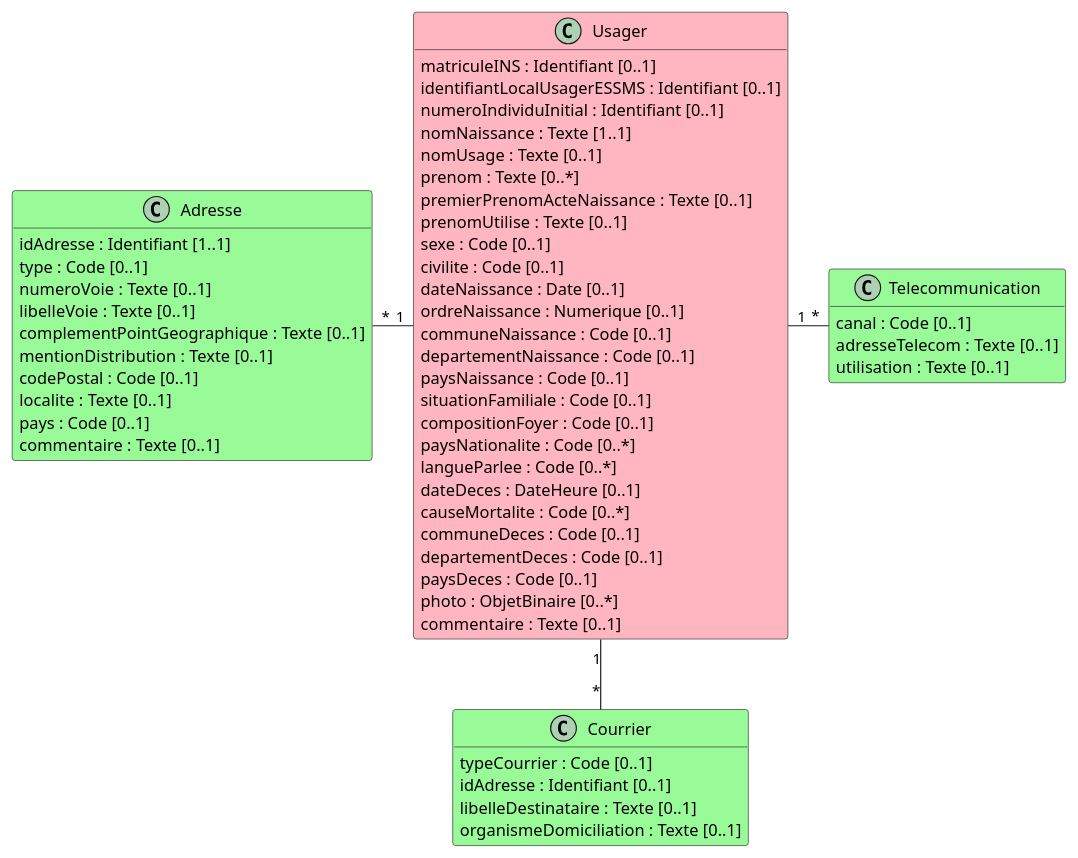
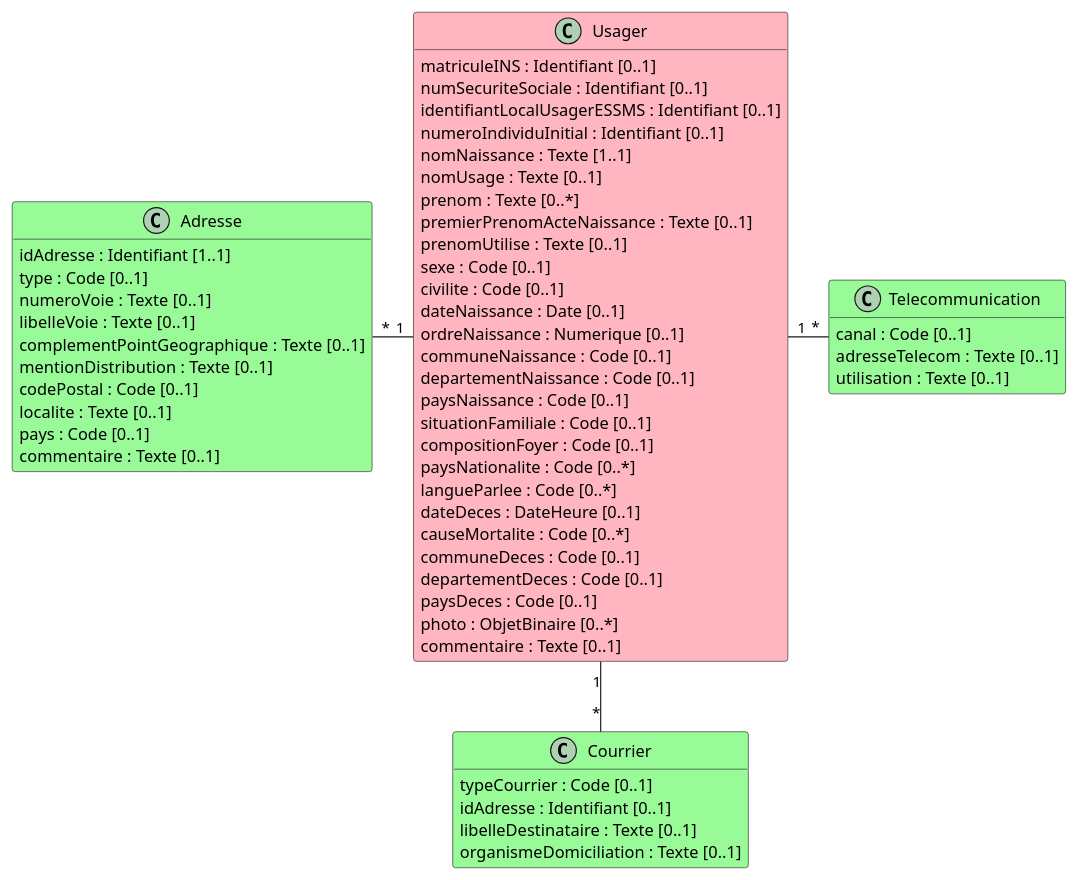
The diagram in input/images-source/bloc_identification_coordonnees.plantuml (ansforge/IG-fhir-transfert-donnees-dui-esms), drawn with PlantUML before and after one commit. The commit also changed 1 other file, not shown here.

Commit message:
SFE - numero sécurité sociale NIR et NIA de l'usager (#245)
* numero secu

* Update sfe_modelisation_contenu.md

* maj NSS

* Update sfe_modelisation_contenu.md

* Update sfe_modelisation_contenu.md

* Update sfe_modelisation_contenu.md

```diff
--- a/input/images-source/bloc_identification_coordonnees.plantuml
+++ b/input/images-source/bloc_identification_coordonnees.plantuml
@@ -1,64 +1,65 @@
 @startuml
 
 hide empty methods
 
 class Usager #LightPink {
     matriculeINS : Identifiant [0..1]
+    numSecuriteSociale : Identifiant [0..1]
     identifiantLocalUsagerESSMS : Identifiant [0..1]
     numeroIndividuInitial : Identifiant [0..1]
     nomNaissance : Texte [1..1]
     nomUsage : Texte [0..1]
     prenom : Texte [0..*]
     premierPrenomActeNaissance : Texte [0..1]
     prenomUtilise : Texte [0..1]
     sexe : Code [0..1]
     civilite : Code [0..1]
     dateNaissance : Date [0..1]
     ordreNaissance : Numerique [0..1]
     communeNaissance : Code [0..1]
     departementNaissance : Code [0..1]
     paysNaissance : Code [0..1]
     situationFamiliale : Code [0..1]
     compositionFoyer : Code [0..1]
     paysNationalite : Code [0..*]
     langueParlee : Code [0..*]
     dateDeces : DateHeure [0..1]
     causeMortalite : Code [0..*]
     communeDeces : Code [0..1]
     departementDeces : Code [0..1]
     paysDeces : Code [0..1]
     photo : ObjetBinaire [0..*]
     commentaire : Texte [0..1]
 }
 
 class Adresse #PaleGreen {
     idAdresse : Identifiant [1..1]
     type : Code [0..1]
     numeroVoie : Texte [0..1]
     libelleVoie : Texte [0..1]
     complementPointGeographique : Texte [0..1]
     mentionDistribution : Texte [0..1]
     codePostal : Code [0..1]
     localite : Texte [0..1]
     pays : Code [0..1]
     commentaire : Texte [0..1]
 }
 
 class Telecommunication #PaleGreen {
     canal : Code [0..1]
     adresseTelecom : Texte [0..1]
     utilisation : Texte [0..1]
 }
 
 class Courrier #PaleGreen {
     typeCourrier : Code [0..1]
     idAdresse : Identifiant [0..1]
     libelleDestinataire : Texte [0..1]
     organismeDomiciliation : Texte [0..1]
 }
 
 Adresse "*" - "1" Usager
 Usager "1" - "*" Telecommunication
 Usager "1" -- "*" Courrier
 
 @enduml
```
